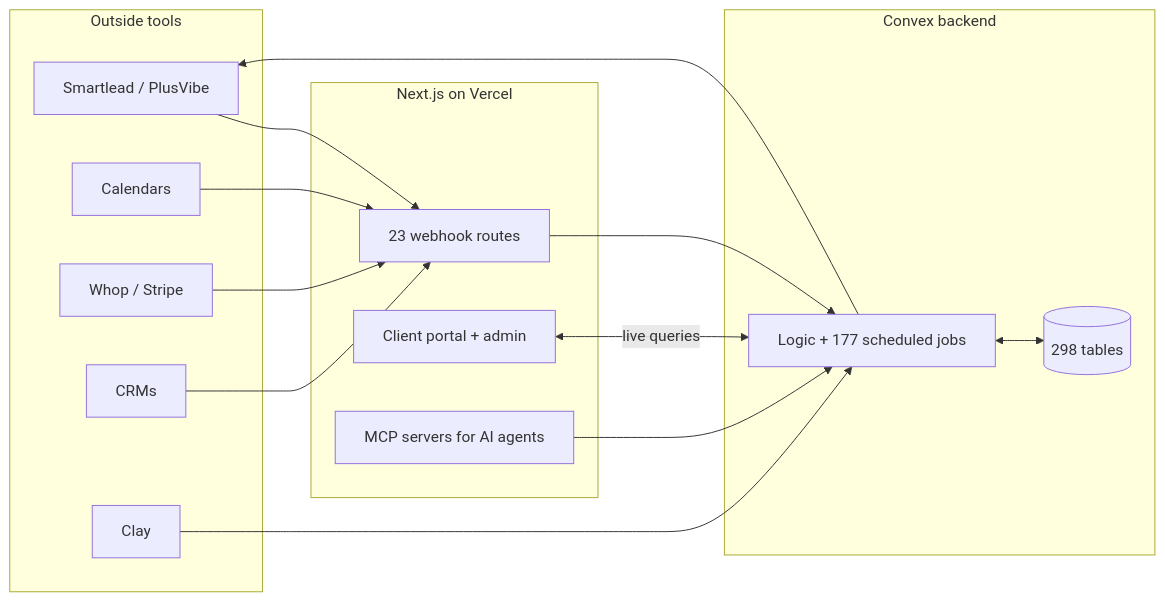
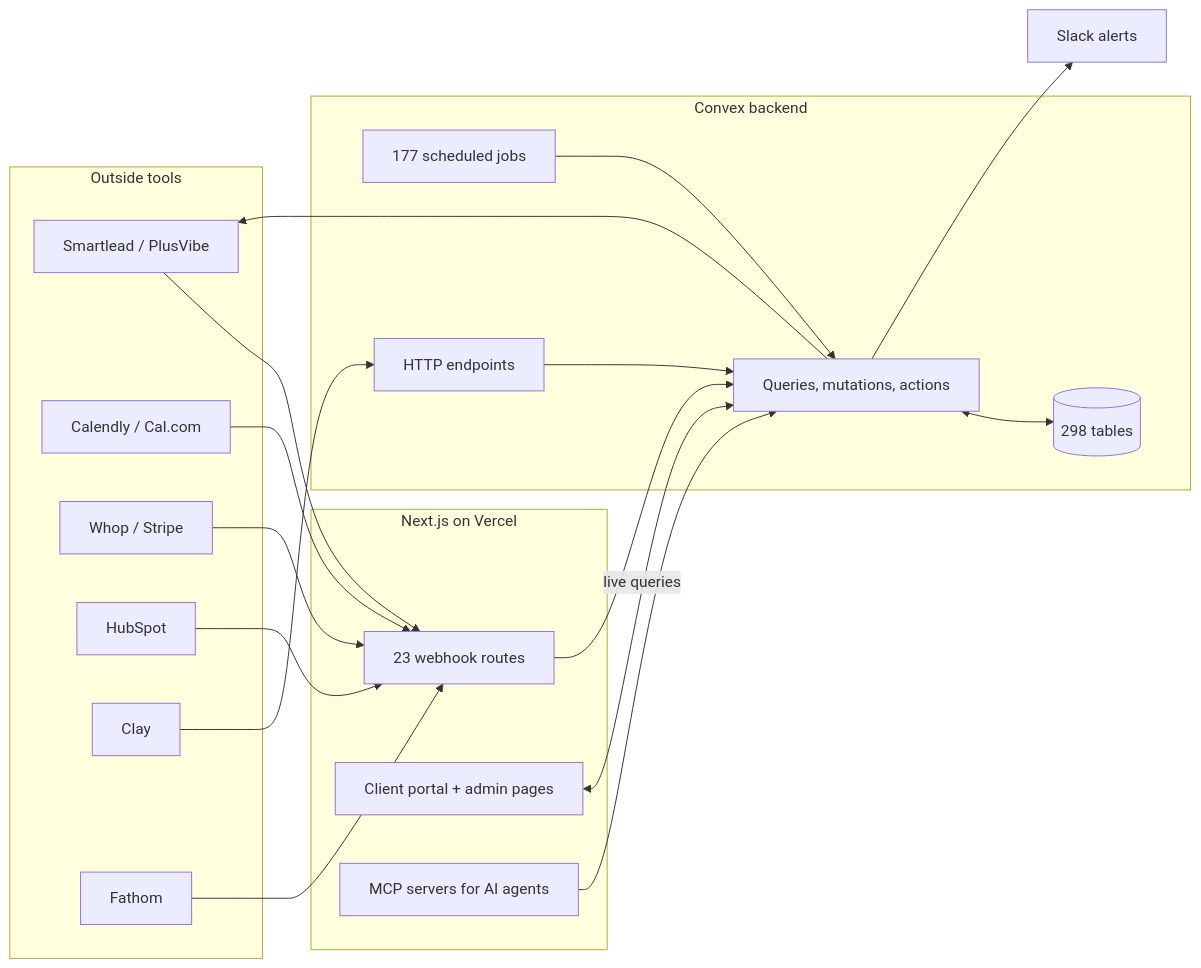
One commit to Trav54219/gtm-engineering-portfolio changed the first of 6 diagrams in docs/case-studies/portal-walkthrough.md. Above: the diagram before and after it, drawn with Mermaid. The commit also changed other lines of this file, not shown here.

Commit message:
Walkthrough page: keep logos and diagrams, trimmed, tied to revenue (#3)

````diff
--- a/docs/case-studies/portal-walkthrough.md
+++ b/docs/case-studies/portal-walkthrough.md
@@ -16,29 +16,36 @@
 ```mermaid
 flowchart LR
   subgraph Outside["Outside tools"]
     SL[Smartlead / PlusVibe]
-    CAL[Calendars]
+    CAL[Calendly / Cal.com]
     PAY[Whop / Stripe]
-    CRM[CRMs]
+    CRM[HubSpot]
     CLAY[Clay]
+    MTG[Fathom]
   end
   subgraph Edge["Next.js on Vercel"]
     WH[23 webhook routes]
-    UI[Client portal + admin]
+    UI[Client portal + admin pages]
     MCP[MCP servers for AI agents]
   end
   subgraph Core["Convex backend"]
-    FN[Logic + 177 scheduled jobs]
     DB[(298 tables)]
+    FN[Queries, mutations, actions]
+    CR[177 scheduled jobs]
+    HTTP[HTTP endpoints]
   end
   SL --> WH
   CAL --> WH
   PAY --> WH
   CRM --> WH
-  CLAY --> FN
+  MTG --> WH
+  CLAY --> HTTP
   WH --> FN
+  HTTP --> FN
   UI <-->|live queries| FN
   MCP --> FN
+  CR --> FN
   FN <--> DB
   FN --> SL
+  FN --> SLACK[Slack alerts]
 ```
````
